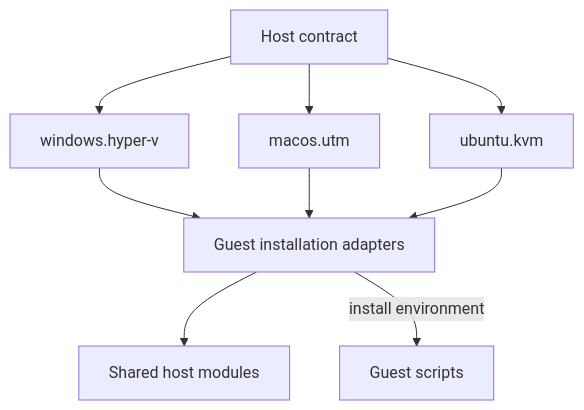
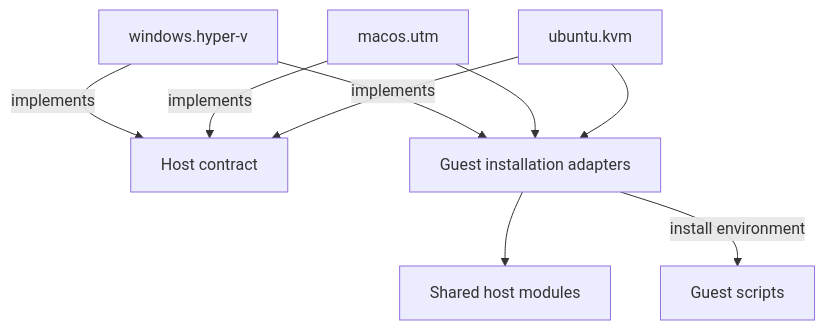
The fourth of 7 diagrams in docs/design/02-component-breakdown.md (alissonsol/yuruna), drawn with Mermaid before and after one commit. The commit also changed other lines of this file and 763 other files, not shown here.

````diff
--- a/docs/design/02-component-breakdown.md
+++ b/docs/design/02-component-breakdown.md
@@ -113,18 +121,18 @@
 ```mermaid
 flowchart TB
     yuruna-host-contract["Host contract"]
     windows-hyper-v["windows.hyper-v"]
     macos-utm["macos.utm"]
     ubuntu-kvm["ubuntu.kvm"]
     host-guest["Guest installation adapters"]
     host-modules["Shared host modules"]
     guest["Guest scripts"]
-    yuruna-host-contract --> windows-hyper-v
-    yuruna-host-contract --> macos-utm
-    yuruna-host-contract --> ubuntu-kvm
+    windows-hyper-v -->|implements| yuruna-host-contract
+    macos-utm -->|implements| yuruna-host-contract
+    ubuntu-kvm -->|implements| yuruna-host-contract
     windows-hyper-v --> host-guest
     macos-utm --> host-guest
     ubuntu-kvm --> host-guest
     host-guest --> host-modules
     host-guest -->|install environment| guest
 ```
````
